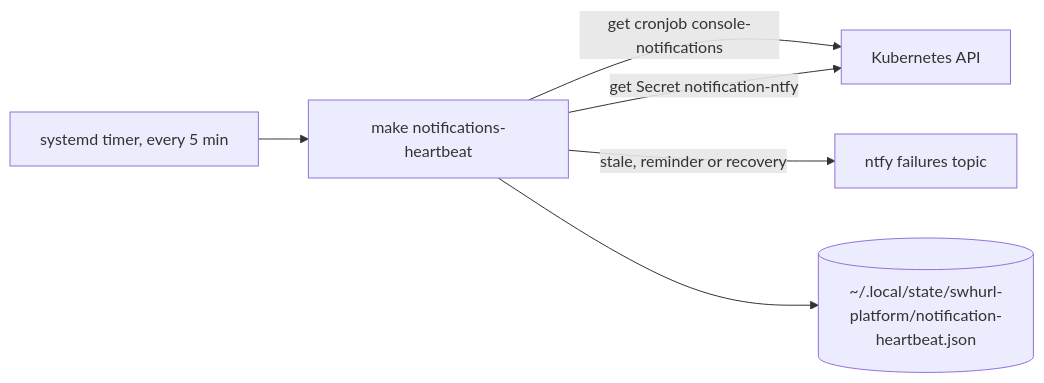
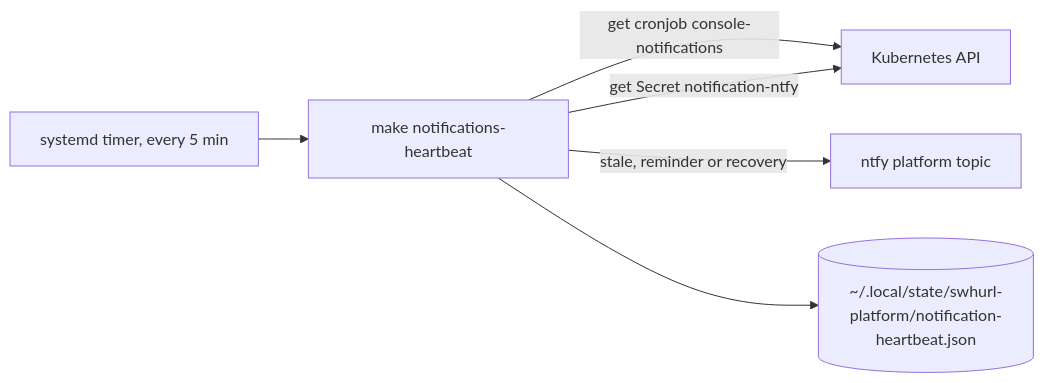
One commit to samclement/swhurl-platform changed the fourth of 5 diagrams in docs/plan.md. Above: the diagram before and after it, drawn with Mermaid. The commit also changed other lines of this file and 19 other files, not shown here.

First line of the commit message:
alerts: one platform ntfy destination

````diff
--- a/docs/plan.md
+++ b/docs/plan.md
@@ -457,8 +457,8 @@
 ```mermaid
 flowchart LR
     timer[systemd timer, every 5 min] --> hb[make notifications-heartbeat]
     hb -->|get cronjob console-notifications| k8s[Kubernetes API]
     hb -->|get Secret notification-ntfy| k8s
-    hb -->|stale, reminder or recovery| ntfy[ntfy failures topic]
+    hb -->|stale, reminder or recovery| ntfy[ntfy platform topic]
     hb --> flag[(~/.local/state/swhurl-platform/notification-heartbeat.json)]
 ```
````
